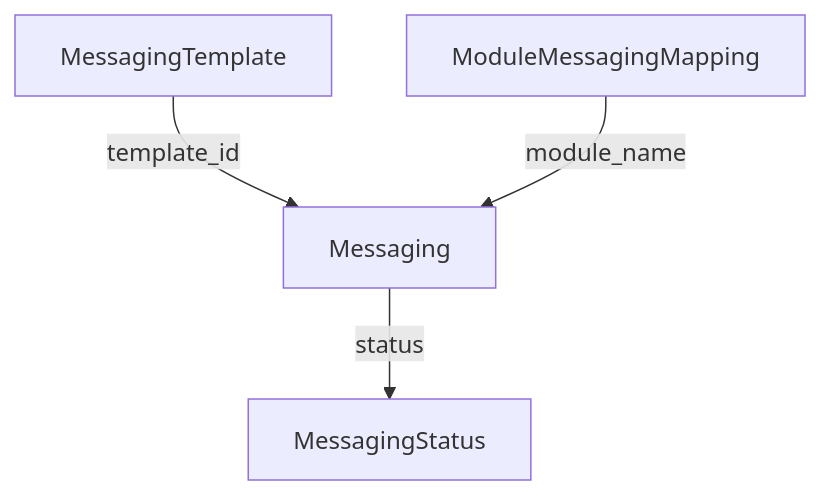
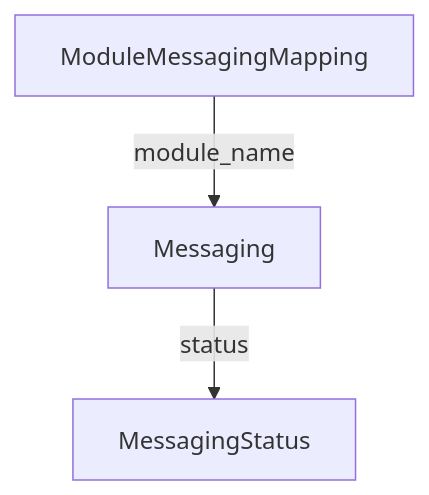
Before and after one commit to TNet-Tech/chacc_outbound: the fifth of 5 diagrams in README.md, drawn with Mermaid. The commit also changed other lines of this file and 12 other files, not shown here.

Commit message:
Remove template flow of messaging

````diff
--- a/README.md
+++ b/README.md
@@ -479,10 +362,8 @@
 ```mermaid
 flowchart TD
-    T[MessagingTemplate]
     M[Messaging]
     MM[ModuleMessagingMapping]
     S[MessagingStatus]
-    T -->|template_id| M
     M -->|status| S
     MM -->|module_name| M
 ```
````
